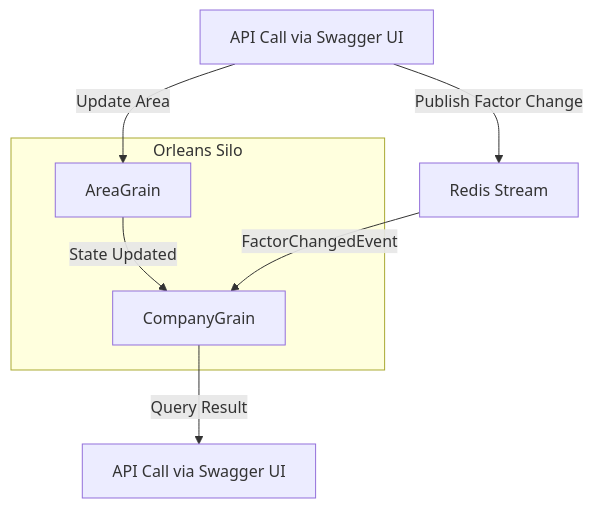
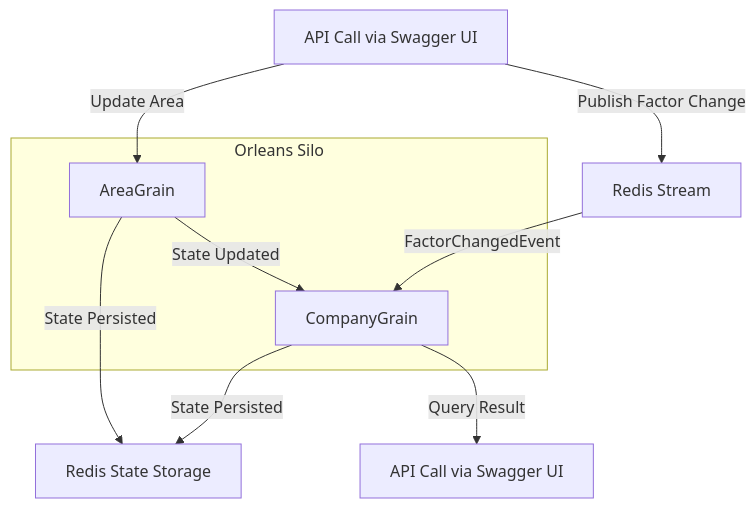
One commit to joelsodias/orleans-notification-sample changed the diagram in README.md. Above: the diagram before and after it, drawn with Mermaid. The commit also changed other lines of this file, not shown here.

Commit message:
doc: update README adding a diagram

````diff
--- a/README.md
+++ b/README.md
@@ -104,14 +104,17 @@
 ```mermaid
 graph TD
     A[API Call via Swagger UI] -->|Update Area| B[AreaGrain]
     A -->|Publish Factor Change| D[Redis Stream]
     B -->|State Updated| C[CompanyGrain]
+    B -->|State Persisted| F[Redis State Storage]
+    C -->|State Persisted| F
     D -->|FactorChangedEvent| C
     C -->|Query Result| E[API Call via Swagger UI]
 
     subgraph Orleans Silo
         B
         C
     end
     D[Redis Stream]
+    F[Redis State Storage]
 ```
````
